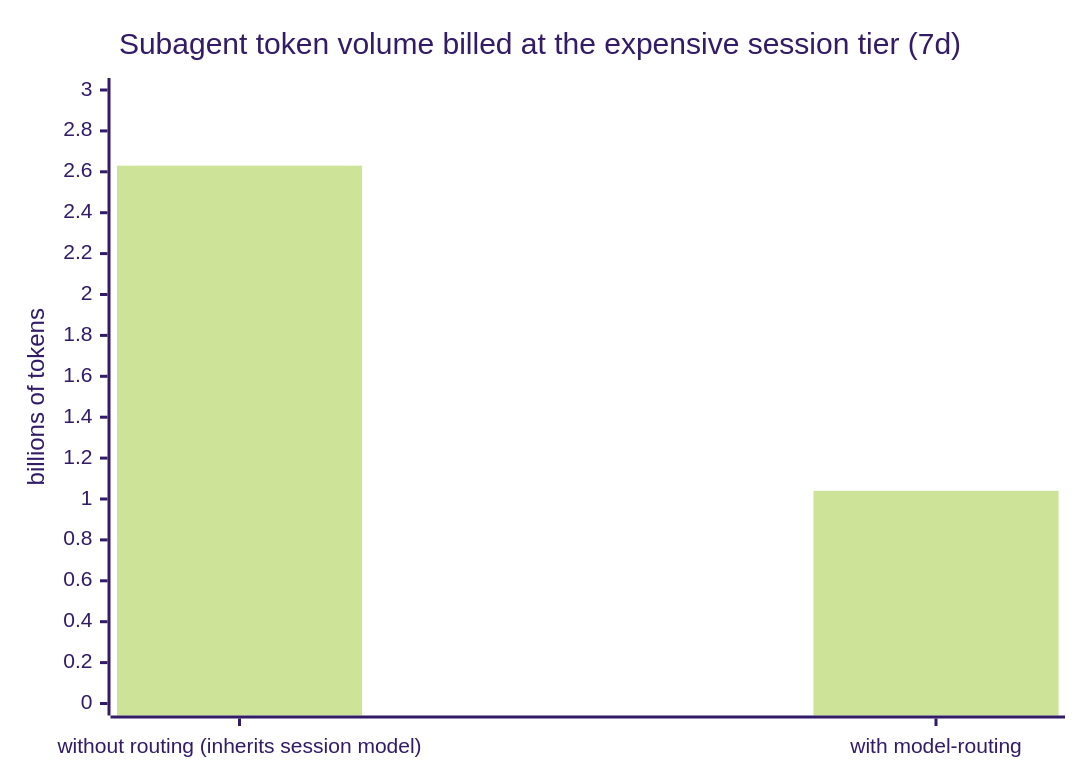
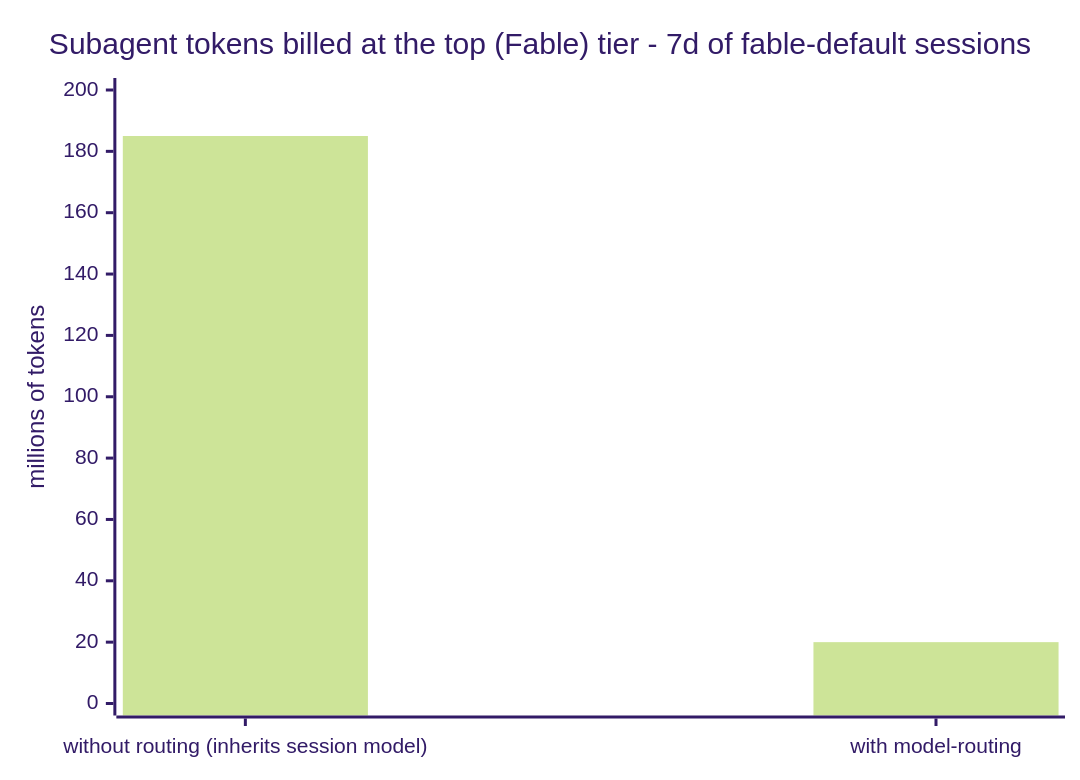
One commit to AqueGen/model-routing changed the first of 3 diagrams in README.md. Above: the diagram before and after it, drawn with Mermaid (forest theme). The commit also changed other lines of this file and 2 other files, not shown here.

First line of the commit message:
docs: rebase README visuals onto fable-default sessions (0.7.5) (#13)

````diff
--- a/README.md
+++ b/README.md
@@ -79,7 +80,7 @@
 ```mermaid
 xychart-beta
-    title "Subagent token volume billed at the expensive session tier (7d)"
+    title "Subagent tokens billed at the top (Fable) tier - 7d of fable-default sessions"
     x-axis ["without routing (inherits session model)", "with model-routing"]
-    y-axis "billions of tokens" 0 --> 3
-    bar [2.63, 1.04]
+    y-axis "millions of tokens" 0 --> 200
+    bar [185, 20]
 ```
````
